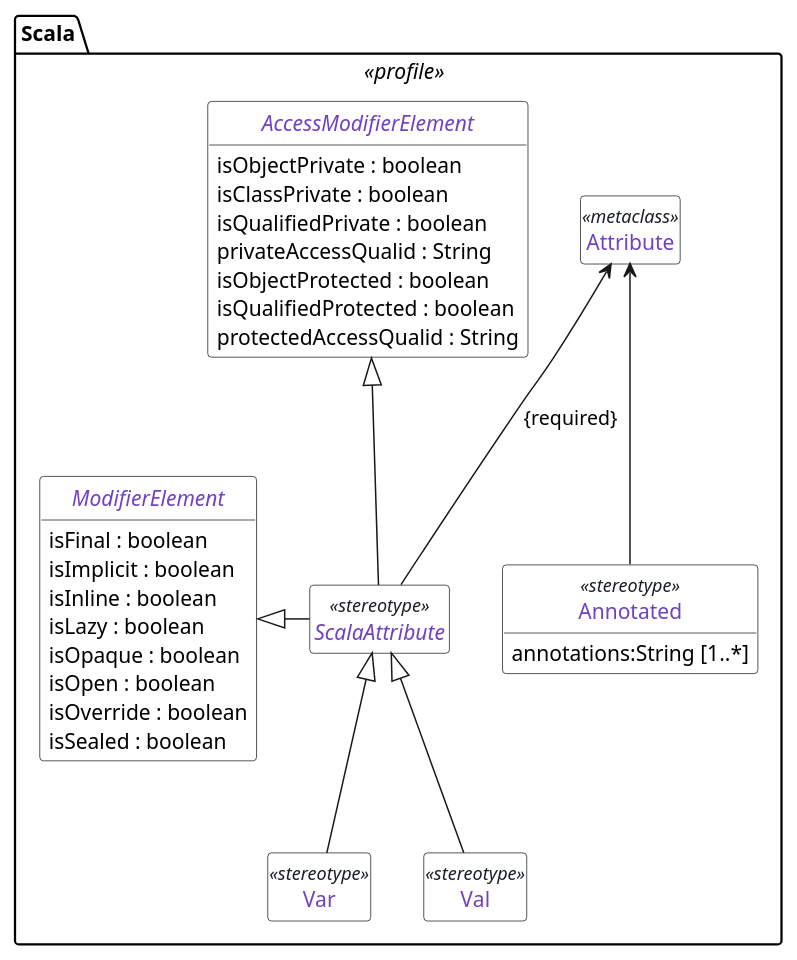
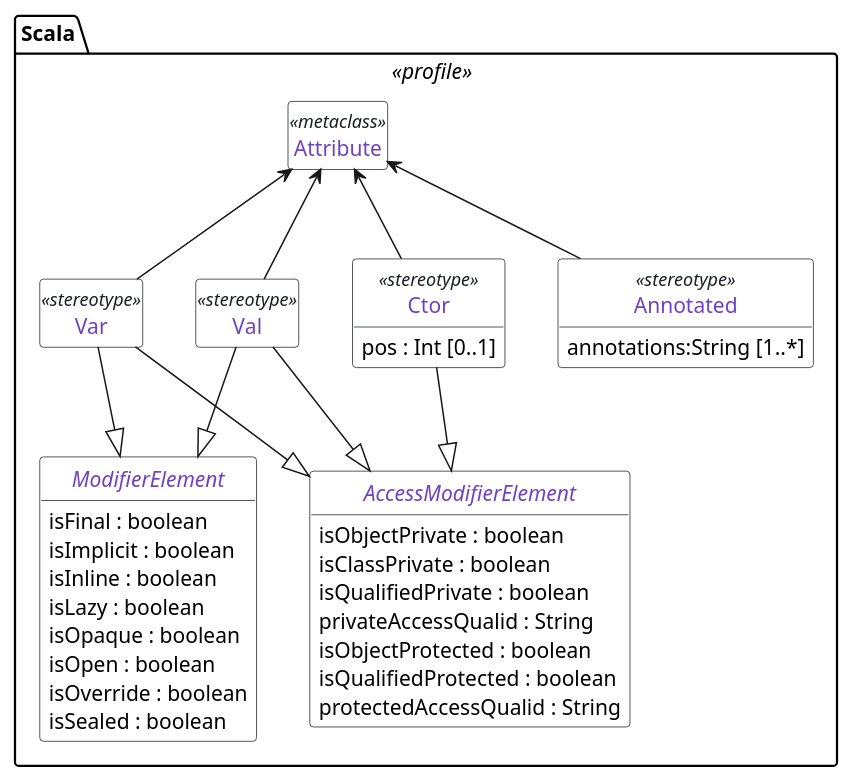
Before and after one commit to tizuck/scala-uml-diagrams: the diagram in uml-meta-model-extensions/scala.profile.attribute.puml, drawn with PlantUML. The commit also changed 9 other files, not shown here.

Commit message:
further diagrams

```diff
--- a/uml-meta-model-extensions/scala.profile.attribute.puml
+++ b/uml-meta-model-extensions/scala.profile.attribute.puml
@@ -1,71 +1,74 @@
 @startuml
  package Scala <<profile>> {
     class Attribute <<metaclass>> 
-    abstract class ScalaAttribute <<stereotype>> 
 
     abstract class AccessModifierElement {
         isObjectPrivate : boolean 
         isClassPrivate : boolean  
         isQualifiedPrivate : boolean 
         privateAccessQualid : String 
         isObjectProtected : boolean
         isQualifiedProtected : boolean
         protectedAccessQualid : String
     }
 
     abstract class ModifierElement {
         isFinal : boolean 
         isImplicit : boolean 
         isInline : boolean 
         isLazy : boolean 
         isOpaque : boolean 
         isOpen : boolean 
         isOverride : boolean 
         isSealed : boolean 
     }
 
     class Var <<stereotype>> 
     class Val <<stereotype>> 
+    class Ctor <<stereotype>> {
+        pos : Int [0..1]
+    }
     class Annotated <<stereotype>>  {
         annotations:String [1..*]
     }
 
-    AccessModifierElement <|-- ScalaAttribute
-    ScalaAttribute -left-|> ModifierElement
-    Attribute <-- ScalaAttribute : {required}
-    ScalaAttribute <|-- Var 
-    ScalaAttribute <|-- Val 
+    Var --|> ModifierElement
+    Val --|> ModifierElement  
+    Var --|> AccessModifierElement
+    Val --|> AccessModifierElement
     Attribute <-- Annotated 
-
+    Attribute <-- Var 
+    Attribute <-- Val 
+    Attribute <-- Ctor 
+    Ctor --|> AccessModifierElement
  }
 
 hide circle 
 hide <<metaclass>> members
 hide methods
 hide Var members 
 hide Val members 
-hide ScalaAttribute members 
 
 skinparam defaultFontName Source Code Pro
 
 skinparam ClassStereotypeFontColor #1b1f23
 
 skinparam class {
     BackgroundColor White
     BorderColor #1b1f23
     ArrowColor #1b1f23
     FontColor #6f42c1
 }
 
 skinparam note {
     BackgroundColor White
     BorderColor #1b1f23
     ArrowColor #1b1f23
     FontColor #d73a49
 }
 
 
 skinparam stereotype {
     FontColor #d73a49
 }
 @enduml 
```
